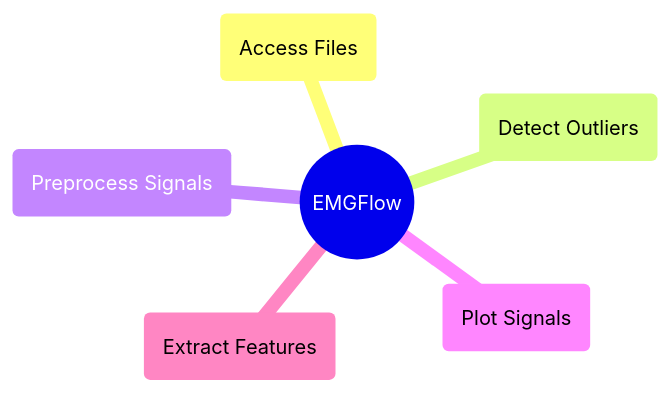
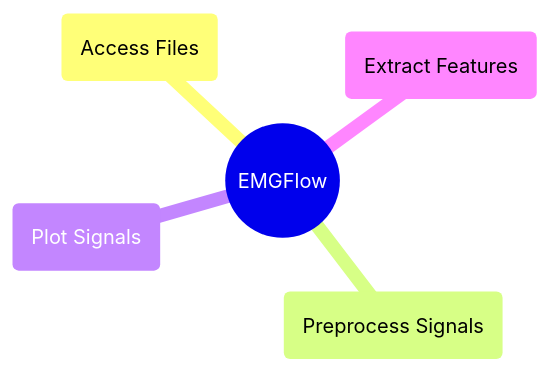
The diagram in docs/reference/api-overview.md (WiIIson/EMGFlow-Python-Package), drawn with Mermaid before and after one commit.

Commit message:
Update api-overview.md
Removed "Detect Outliers"

````diff
--- a/docs/reference/api-overview.md
+++ b/docs/reference/api-overview.md
@@ -13,9 +13,8 @@
 ```mermaid
 mindmap
     root((EMGFlow))
         AF(Access Files)
-        DO(Detect Outliers)
         PrS(Preprocess Signals)
         PlS(Plot Signals)
         EF(Extract Features)
 ```
````
